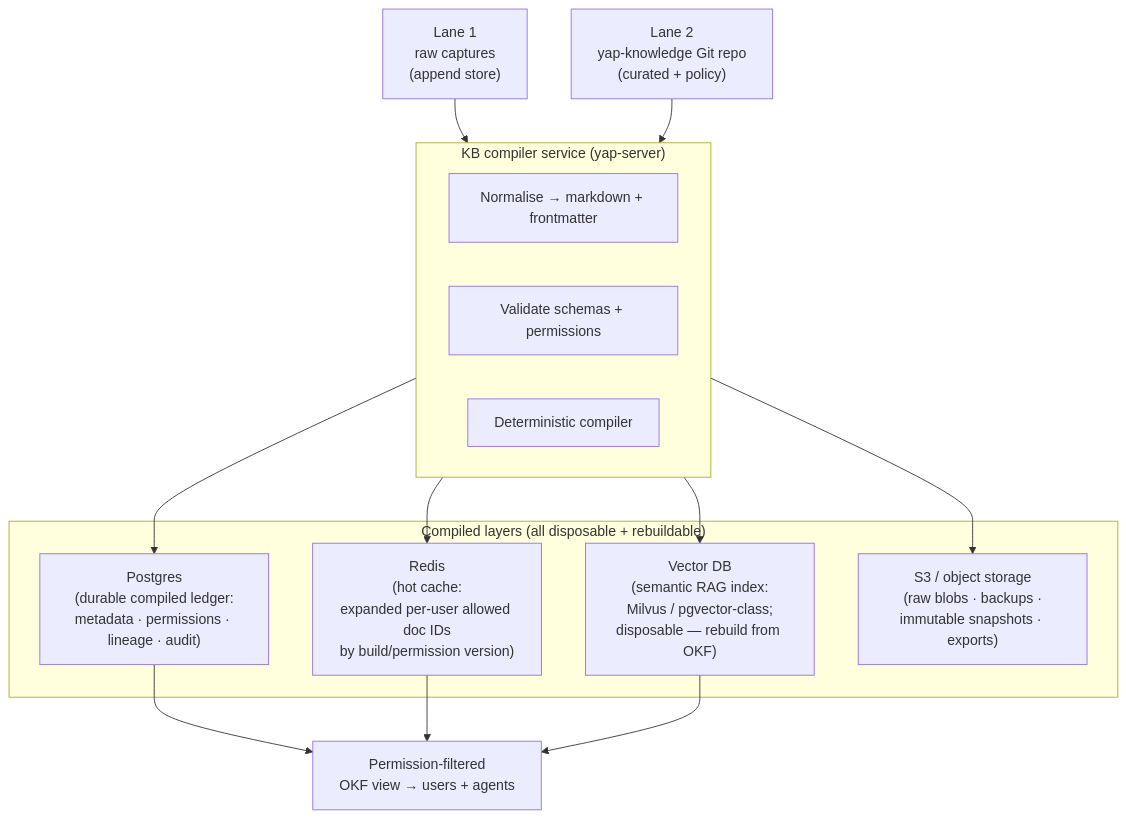
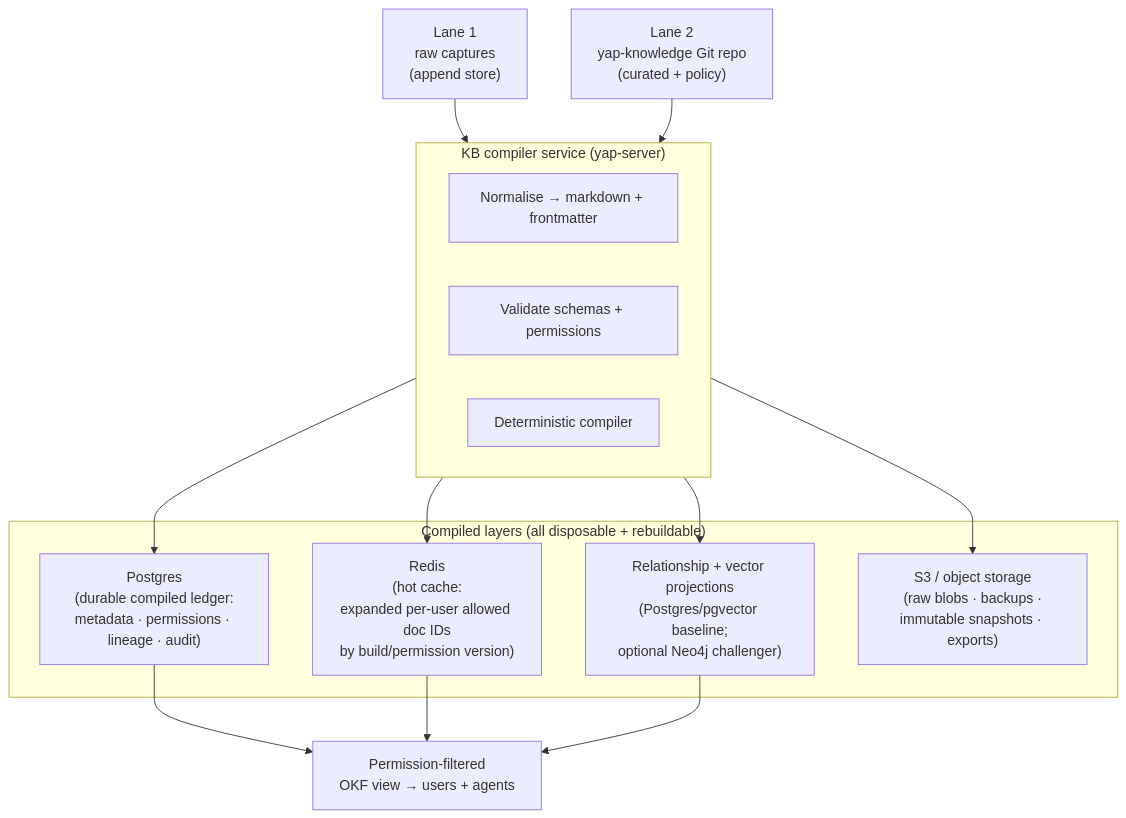
The diagram in docs/adr/0017-knowledge-base-compiler.md (mcnatg1/yap), drawn with Mermaid before and after one commit. The commit also changed other lines of this file and 8 other files, not shown here.

Commit message:
docs: adopt Google OKF knowledge projections

````diff
--- a/docs/adr/0017-knowledge-base-compiler.md
+++ b/docs/adr/0017-knowledge-base-compiler.md
@@ -78,25 +79,25 @@
 ```mermaid
 flowchart TB
     L1["Lane 1\nraw captures\n(append store)"]
     L2["Lane 2\nyap-knowledge Git repo\n(curated + policy)"]
 
     subgraph Compiler["KB compiler service (yap-server)"]
         Normalise["Normalise → markdown + frontmatter"]
         Validate["Validate schemas + permissions"]
         Build["Deterministic compiler"]
     end
 
     subgraph CompiledLayers["Compiled layers (all disposable + rebuildable)"]
         PG["Postgres\n(durable compiled ledger:\nmetadata · permissions · lineage · audit)"]
         Redis["Redis\n(hot cache:\nexpanded per-user allowed doc IDs\nby build/permission version)"]
-        VDB["Vector DB\n(semantic RAG index:\nMilvus / pgvector-class;\ndisposable — rebuild from OKF)"]
+        VDB["Relationship + vector projections\n(Postgres/pgvector baseline;\noptional Neo4j challenger)"]
         S3["S3 / object storage\n(raw blobs · backups ·\nimmutable snapshots · exports)"]
     end
 
     OKF["Permission-filtered\nOKF view → users + agents"]
 
     L1 & L2 --> Compiler
     Compiler --> PG & Redis & VDB & S3
     PG & Redis --> OKF
     VDB --> OKF
 ```
````
